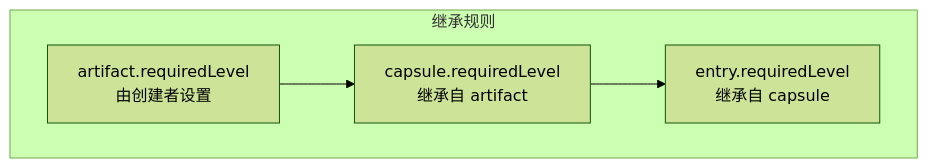
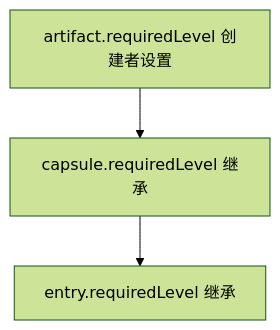
One commit to pofossette/TrapMap-for-vibing changed the diagram in docs/architecture/components/GOVERNANCE.md. Above: the diagram before and after it, drawn with Mermaid (forest theme). The commit also changed other lines of this file and 17 other files, not shown here.

First line of the commit message:
docs(architecture): source-anchored rewrite, single-source cuts, paper passages intact (Phase 2b)

````diff
--- a/docs/architecture/components/GOVERNANCE.md
+++ b/docs/architecture/components/GOVERNANCE.md
@@ -31,10 +25,5 @@
 ```mermaid
 flowchart TB
-    subgraph 继承规则["继承规则"]
-        A["artifact.requiredLevel\n由创建者设置"]
-        B["capsule.requiredLevel\n继承自 artifact"]
-        C["entry.requiredLevel\n继承自 capsule"]
-    end
-
-    A --> B --> C
+    A[artifact.requiredLevel 创建者设置] --> B[capsule.requiredLevel 继承]
+    B --> C[entry.requiredLevel 继承]
 ```
````
